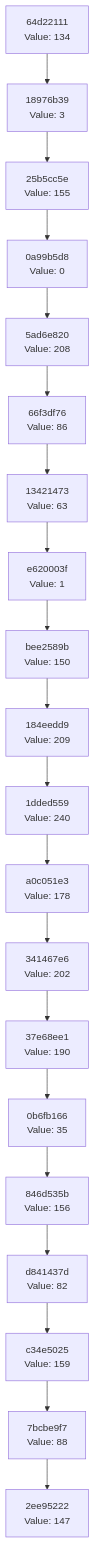
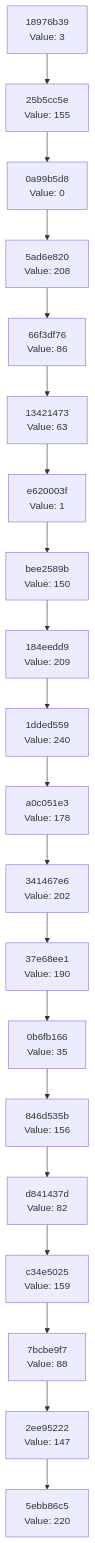
The diagram in docs/CHAIN_VISUALIZATION.md (Abhisheksinha1506/hash-chain-evolver), drawn with Mermaid before and after one commit. The commit also changed 3 other files, not shown here.

````diff
--- a/docs/CHAIN_VISUALIZATION.md
+++ b/docs/CHAIN_VISUALIZATION.md
@@ -3,42 +3,42 @@
 ```mermaid
 graph TD
-    C0["2ee95222<br/>Value: 147"]
-    C1["7bcbe9f7<br/>Value: 88"]
+    C0["5ebb86c5<br/>Value: 220"]
+    C1["2ee95222<br/>Value: 147"]
     C1 --> C0
-    C2["c34e5025<br/>Value: 159"]
+    C2["7bcbe9f7<br/>Value: 88"]
     C2 --> C1
-    C3["d841437d<br/>Value: 82"]
+    C3["c34e5025<br/>Value: 159"]
     C3 --> C2
-    C4["846d535b<br/>Value: 156"]
+    C4["d841437d<br/>Value: 82"]
     C4 --> C3
-    C5["0b6fb166<br/>Value: 35"]
+    C5["846d535b<br/>Value: 156"]
     C5 --> C4
-    C6["37e68ee1<br/>Value: 190"]
+    C6["0b6fb166<br/>Value: 35"]
     C6 --> C5
-    C7["341467e6<br/>Value: 202"]
+    C7["37e68ee1<br/>Value: 190"]
     C7 --> C6
-    C8["a0c051e3<br/>Value: 178"]
+    C8["341467e6<br/>Value: 202"]
     C8 --> C7
-    C9["1dded559<br/>Value: 240"]
+    C9["a0c051e3<br/>Value: 178"]
     C9 --> C8
-    C10["184eedd9<br/>Value: 209"]
+    C10["1dded559<br/>Value: 240"]
     C10 --> C9
-    C11["bee2589b<br/>Value: 150"]
+    C11["184eedd9<br/>Value: 209"]
     C11 --> C10
-    C12["e620003f<br/>Value: 1"]
+    C12["bee2589b<br/>Value: 150"]
     C12 --> C11
-    C13["13421473<br/>Value: 63"]
+    C13["e620003f<br/>Value: 1"]
     C13 --> C12
-    C14["66f3df76<br/>Value: 86"]
+    C14["13421473<br/>Value: 63"]
     C14 --> C13
-    C15["5ad6e820<br/>Value: 208"]
+    C15["66f3df76<br/>Value: 86"]
     C15 --> C14
-    C16["0a99b5d8<br/>Value: 0"]
+    C16["5ad6e820<br/>Value: 208"]
     C16 --> C15
-    C17["25b5cc5e<br/>Value: 155"]
+    C17["0a99b5d8<br/>Value: 0"]
     C17 --> C16
-    C18["18976b39<br/>Value: 3"]
+    C18["25b5cc5e<br/>Value: 155"]
     C18 --> C17
-    C19["64d22111<br/>Value: 134"]
+    C19["18976b39<br/>Value: 3"]
     C19 --> C18
 ```
````
